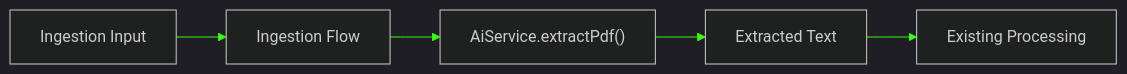
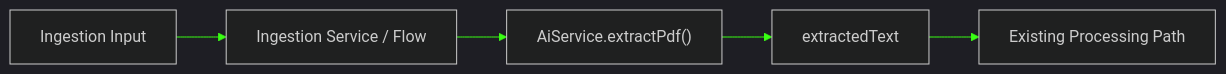
One commit to matheusdiamantino-betalent/questions-ai changed the diagram in PR 45 — Fase 2: Consolidação Mínima das Instruções por Intenção nos Content Agents.md. Above: the diagram before and after it, drawn with Mermaid. The commit also changed other lines of this file, not shown here.

````diff
--- a/PR 45 — Fase 2: Consolidação Mínima das Instruções por Intenção nos Content Agents.md
+++ b/PR 45 — Fase 2: Consolidação Mínima das Instruções por Intenção nos Content Agents.md
@@ -97,13 +96,15 @@
 ```mermaid
 %%{init: {'theme':'dark','themeVariables':{
   'primaryColor':'#0f172a',
   'primaryTextColor':'#e5e7eb',
   'primaryBorderColor':'#22d3ee',
-  'lineColor':'#39ff14'
+  'lineColor':'#39ff14',
+  'secondaryColor':'#111827',
+  'tertiaryColor':'#0b1220'
 }}}%%
 flowchart LR
-    A["Ingestion Input"] --> B["Ingestion Flow"]
+    A["Ingestion Input"] --> B["Ingestion Service / Flow"]
     B --> C["AiService.extractPdf()"]
-    C --> D["Extracted Text"]
-    D --> E["Existing Processing"]
+    C --> D["extractedText"]
+    D --> E["Existing Processing Path"]
 ```
````
